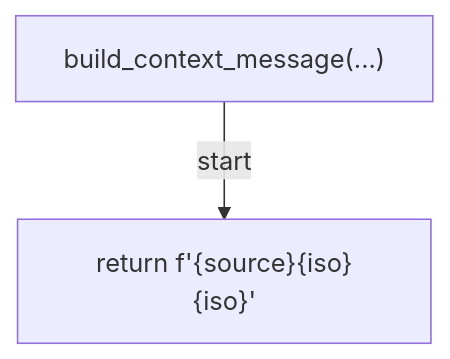
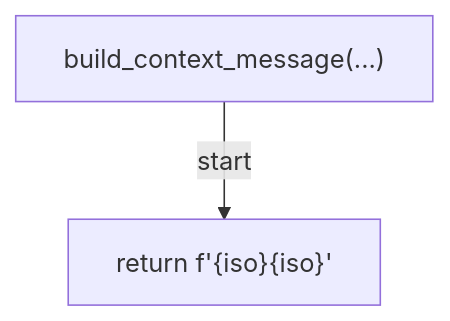
The second of 6 diagrams in docs/generated/scripts/ast/plan_language_context.md (tvna/claude-md), drawn with Mermaid before and after one commit. The commit also changed other lines of this file, not shown here.

First line of the commit message:
docs(generated): regenerate decision tree and workflow diagrams

````diff
--- a/docs/generated/scripts/ast/plan_language_context.md
+++ b/docs/generated/scripts/ast/plan_language_context.md
@@ -45,6 +20,6 @@
 ```mermaid
 flowchart TD
     N001["build_context_message(...)"]
-    N002["return f'<str>{source}<str>{iso}<str>{iso}<str>'"]
+    N002["return f'<str>{iso}<str>{iso}<str>'"]
     N001 -->|"start"| N002
 ```
````
